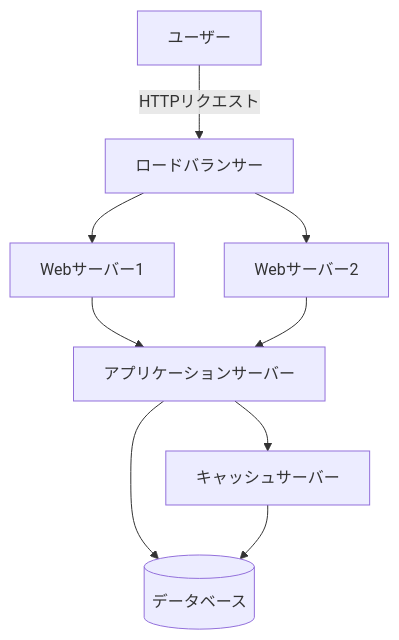
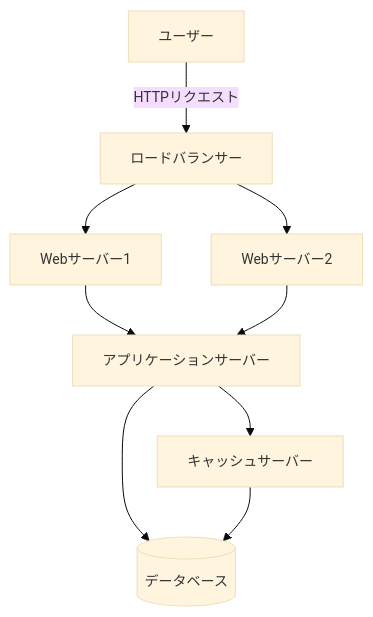
The second of 8 diagrams in samples/mermaid-demo/slides.md (dobachi/AutoSlideIdea), drawn with Mermaid before and after one commit. The commit also changed other lines of this file and 1 other file, not shown here.

First line of the commit message:
feat: 2カラムレイアウトとMermaid図のサイズ調整機能を追加

````diff
--- a/samples/mermaid-demo/slides.md
+++ b/samples/mermaid-demo/slides.md
@@ -51,11 +52,12 @@
 ```mermaid
+%%{init: {'theme':'base', 'themeVariables': { 'fontSize': '14px'}}}%%
 graph TD
     A[ユーザー] -->|HTTPリクエスト| B[ロードバランサー]
     B --> C[Webサーバー1]
     B --> D[Webサーバー2]
     C --> E[アプリケーションサーバー]
     D --> E
     E --> F[(データベース)]
     E --> G[キャッシュサーバー]
     G --> F
 ```
````
